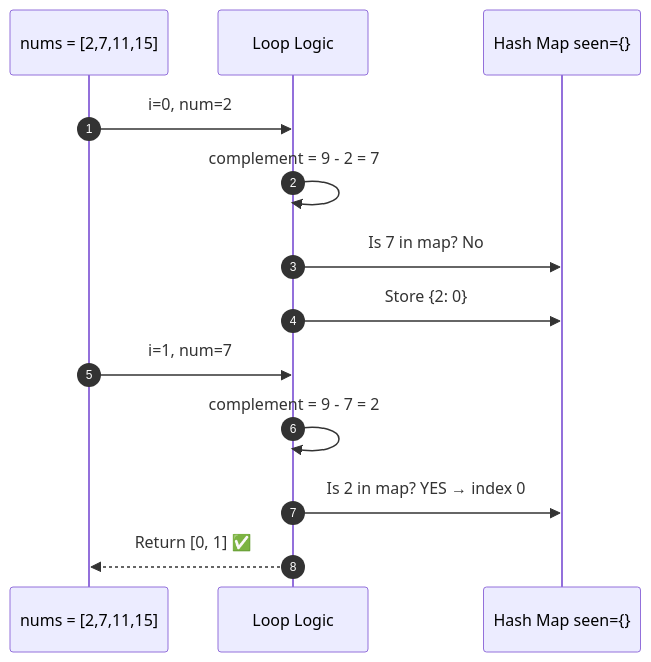
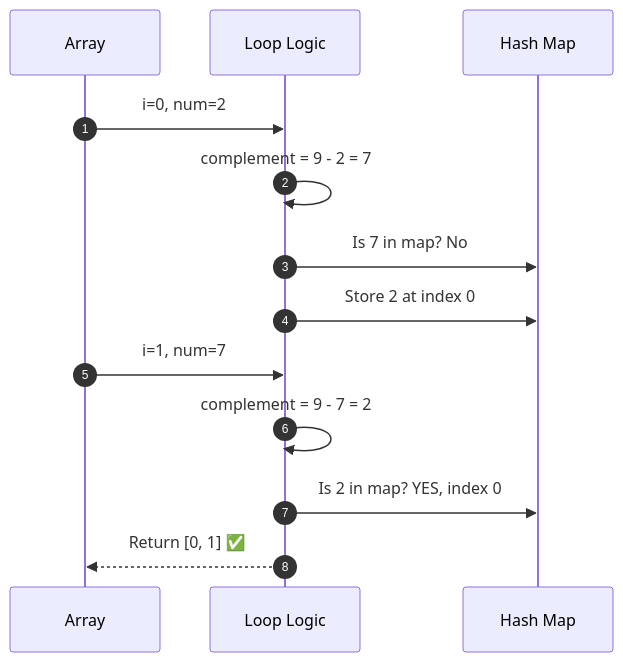
Before and after one commit to M-F-Tushar/LeetCode-Problem-Solving: diagram 11 of 12 in 01 - Two Sum/README.md, drawn with Mermaid. The commit also changed other lines of this file, not shown here.

````diff
--- a/01 - Two Sum/README.md
+++ b/01 - Two Sum/README.md
@@ -363,17 +362,17 @@
 ```mermaid
 sequenceDiagram
     autonumber
-    participant A as nums = [2,7,11,15]
+    participant A as Array
     participant L as Loop Logic
-    participant M as Hash Map seen={}
+    participant M as Hash Map
 
     A->>L: i=0, num=2
     L->>L: complement = 9 - 2 = 7
     L->>M: Is 7 in map? No
-    L->>M: Store {2: 0}
+    L->>M: Store 2 at index 0
 
     A->>L: i=1, num=7
     L->>L: complement = 9 - 7 = 2
-    L->>M: Is 2 in map? YES → index 0
+    L->>M: Is 2 in map? YES, index 0
     L-->>A: Return [0, 1] ✅
 ```
````
